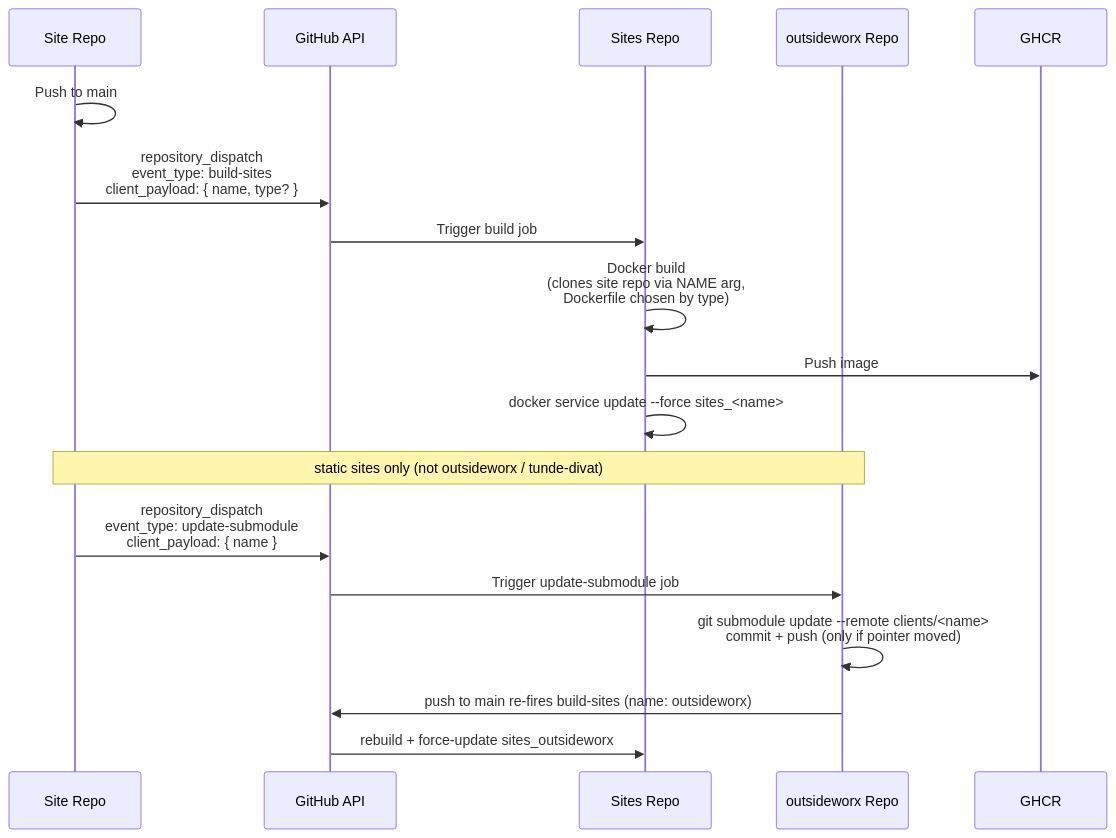
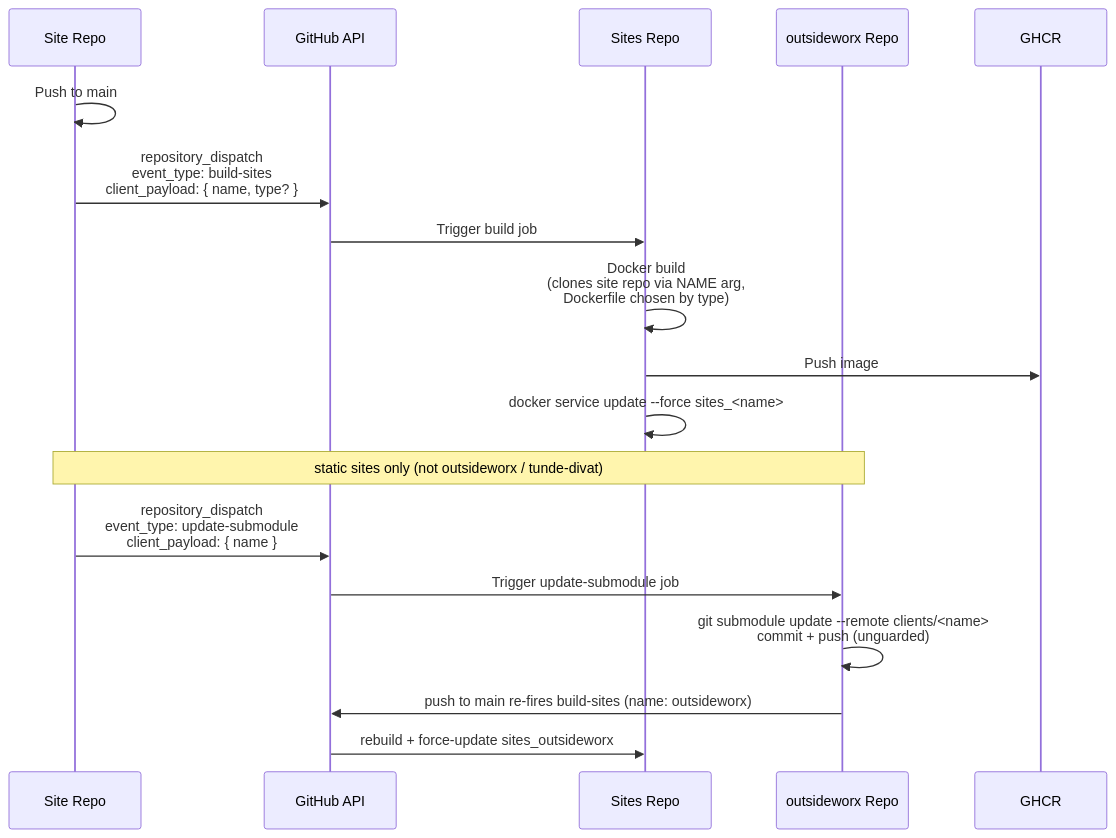
The third of 3 diagrams in prompts/outsideworx/github-actions.md (outsideworx/.kiro), drawn with Mermaid before and after one commit. The commit also changed other lines of this file and 20 other files, not shown here.

````diff
--- a/prompts/outsideworx/github-actions.md
+++ b/prompts/outsideworx/github-actions.md
@@ -84,22 +86,22 @@
 ```mermaid
 sequenceDiagram
     participant SiteRepo as Site Repo
     participant API as GitHub API
     participant SitesRepo as Sites Repo
     participant WorxRepo as outsideworx Repo
     participant GHCR as GHCR
 
     SiteRepo->>SiteRepo: Push to main
     SiteRepo->>API: repository_dispatch<br/>event_type: build-sites<br/>client_payload: { name, type? }
     API->>SitesRepo: Trigger build job
     SitesRepo->>SitesRepo: Docker build<br/>(clones site repo via NAME arg,<br/>Dockerfile chosen by type)
     SitesRepo->>GHCR: Push image
     SitesRepo->>SitesRepo: docker service update --force sites_<name>
 
     Note over SiteRepo,WorxRepo: static sites only (not outsideworx / tunde-divat)
     SiteRepo->>API: repository_dispatch<br/>event_type: update-submodule<br/>client_payload: { name }
     API->>WorxRepo: Trigger update-submodule job
-    WorxRepo->>WorxRepo: git submodule update --remote clients/<name><br/>commit + push (only if pointer moved)
+    WorxRepo->>WorxRepo: git submodule update --remote clients/<name><br/>commit + push (unguarded)
     WorxRepo->>API: push to main re-fires build-sites (name: outsideworx)
     API->>SitesRepo: rebuild + force-update sites_outsideworx
 ```
````
